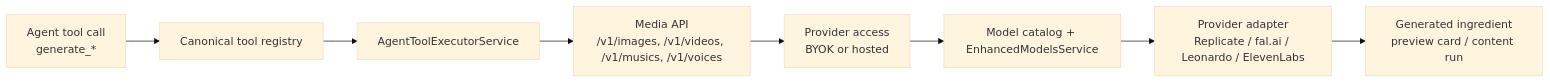
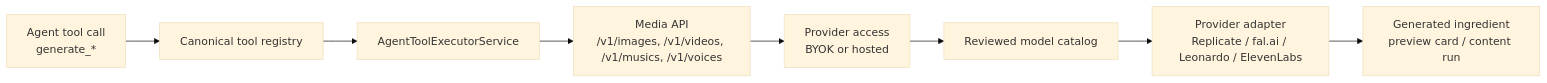
The diagram in apps/docs/content/core-loop/generation-service.mdx (genfeedai/genfeed.ai), drawn with Mermaid (base theme) before and after one commit. The commit also changed other lines of this file and 51 other files, not shown here.

````diff
--- a/apps/docs/content/core-loop/generation-service.mdx
+++ b/apps/docs/content/core-loop/generation-service.mdx
@@ -71,10 +70,10 @@
 ```mermaid
 flowchart LR
   A["Agent tool call\ngenerate_*"] --> B["Canonical tool registry"]
   B --> C["AgentToolExecutorService"]
   C --> D["Media API\n/v1/images, /v1/videos, /v1/musics, /v1/voices"]
   D --> E["Provider access\nBYOK or hosted"]
-  E --> F["Model catalog + EnhancedModelsService"]
+  E --> F["Reviewed model catalog"]
   F --> G["Provider adapter\nReplicate / fal.ai / Leonardo / ElevenLabs"]
   G --> H["Generated ingredient\npreview card / content run"]
 ```
````
